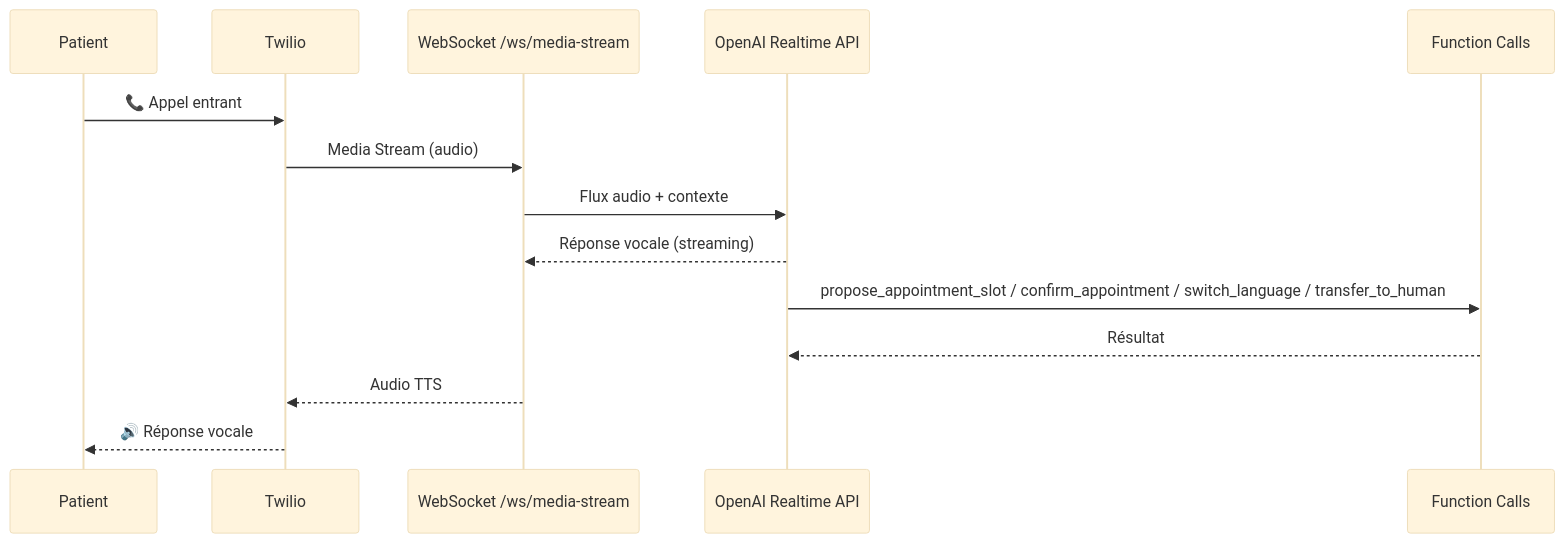
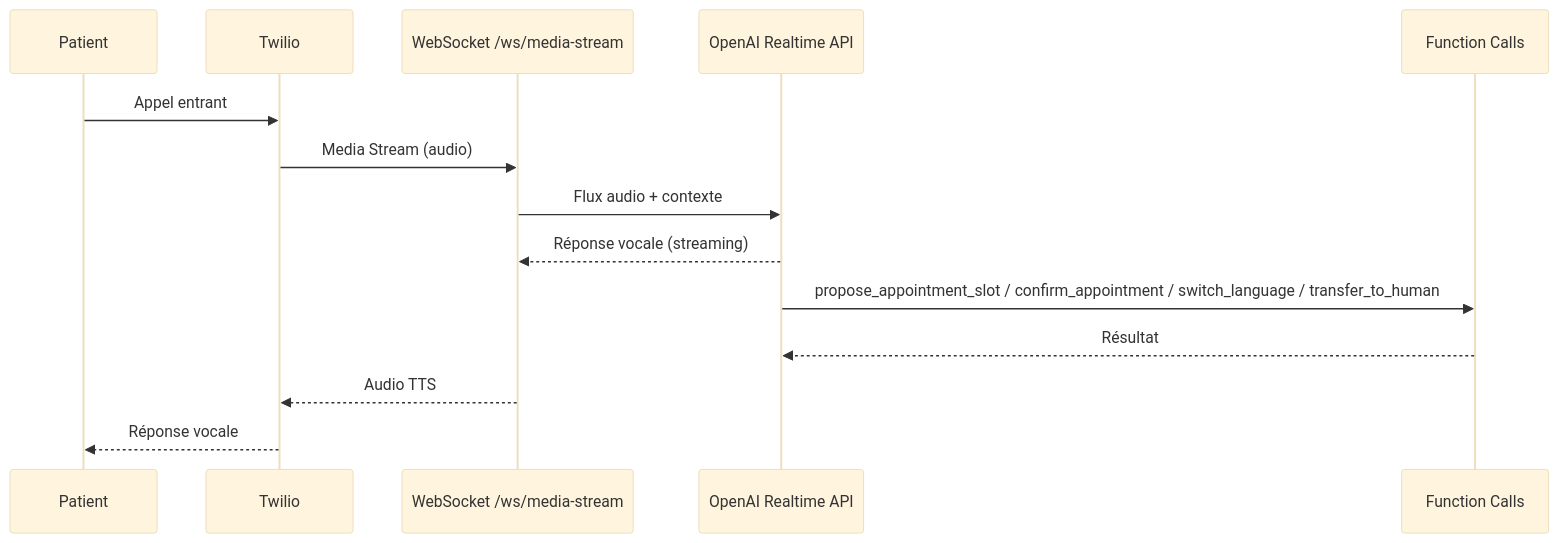
One commit to 4ymaneBH/Secretaire-Medicale-IA changed the diagram in README.md. Above: the diagram before and after it, drawn with Mermaid (base theme). The commit also changed other lines of this file, not shown here.

````diff
--- a/README.md
+++ b/README.md
@@ -57,17 +56,17 @@
 ```mermaid
 sequenceDiagram
     participant Patient
     participant Twilio
     participant WS as WebSocket /ws/media-stream
     participant Realtime as OpenAI Realtime API
     participant Tools as Function Calls
 
-    Patient->>Twilio: 📞 Appel entrant
+    Patient->>Twilio: Appel entrant
     Twilio->>WS: Media Stream (audio)
     WS->>Realtime: Flux audio + contexte
     Realtime-->>WS: Réponse vocale (streaming)
     Realtime->>Tools: propose_appointment_slot / confirm_appointment / switch_language / transfer_to_human
     Tools-->>Realtime: Résultat
     WS-->>Twilio: Audio TTS
-    Twilio-->>Patient: 🔊 Réponse vocale
+    Twilio-->>Patient: Réponse vocale
 ```
````
